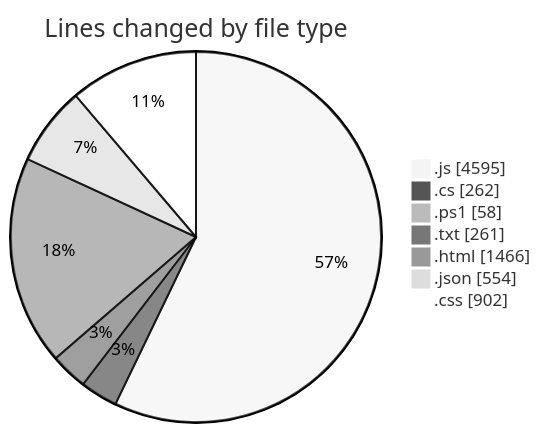
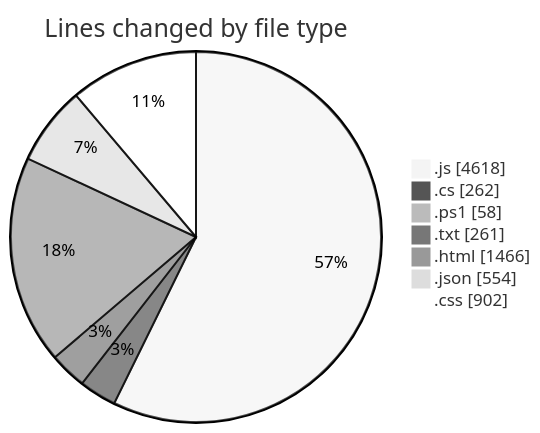
One commit to becaeroporto-bot/code-tracking changed the first of 2 diagrams in 2026-02-17/bot_v1_2/README.md. Above: the diagram before and after it, drawn with Mermaid (neutral theme). The commit also changed other lines of this file and 1 other file, not shown here.

````diff
--- a/2026-02-17/bot_v1_2/README.md
+++ b/2026-02-17/bot_v1_2/README.md
@@ -40,11 +40,11 @@
 ```mermaid
 pie showData
 title Lines changed by file type
-".js" : 4595
+".js" : 4618
 ".cs" : 262
 ".ps1" : 58
 ".txt" : 261
 ".html" : 1466
 ".json" : 554
 ".css" : 902
 ```
````
